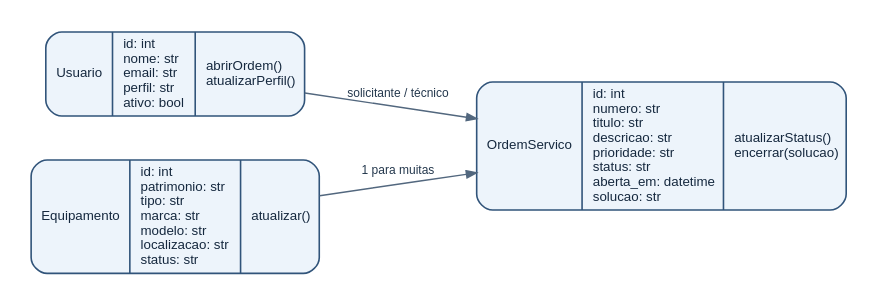
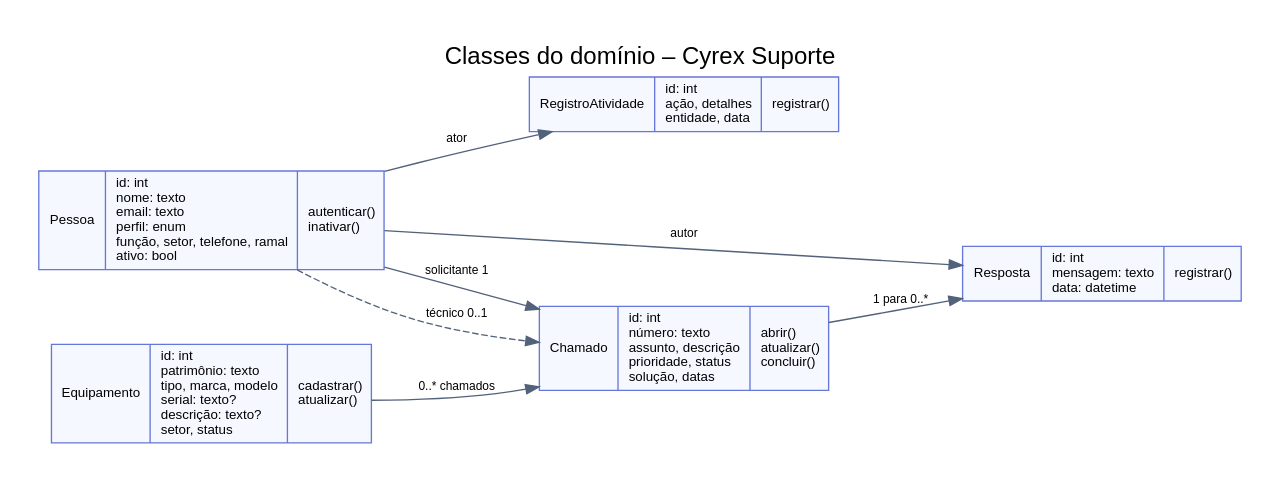
One commit to Hian0liveira/scmc-sistema-chamados changed the diagram in docs/diagramas/classes.dot. Above: the diagram before and after it, drawn with Graphviz. The commit also changed 27 other files, not shown here.

```diff
--- a/docs/diagramas/classes.dot
+++ b/docs/diagramas/classes.dot
@@ -1,1 +1,1 @@
-digraph G { graph [fontname="Arial",fontsize=11,bgcolor="white",pad="0.22",nodesep="0.45",ranksep="0.55"]; node [fontname="Arial",fontsize=10,color="#31547a",fontcolor="#15283e",style="rounded,filled",fillcolor="#edf4fb",penwidth=1.2]; edge [fontname="Arial",fontsize=9,color="#52677e",fontcolor="#24384d",penwidth=1.1,arrowsize=.75]; rankdir=LR; Usuario [shape=record,label="{Usuario|id: int\lnome: str\lemail: str\lperfil: str\lativo: bool\l|abrirOrdem()\latualizarPerfil()\l}"]; Ordem [shape=record,label="{OrdemServico|id: int\lnumero: str\ltitulo: str\ldescricao: str\lprioridade: str\lstatus: str\laberta_em: datetime\lsolucao: str\l|atualizarStatus()\lencerrar(solucao)\l}"]; Equip [shape=record,label="{Equipamento|id: int\lpatrimonio: str\ltipo: str\lmarca: str\lmodelo: str\llocalizacao: str\lstatus: str\l|atualizar()\l}"]; Usuario->Ordem [label="solicitante / técnico"]; Equip->Ordem [label="1 para muitas"]; }
+digraph CyrexClasses { graph [rankdir=LR, bgcolor="white", pad=0.3, nodesep=0.55, ranksep=0.7, fontname="Arial", label="Classes do domínio – Cyrex Suporte", labelloc=t, fontsize=18]; node [shape=record, fontname="Arial", fontsize=10, style="filled", fillcolor="#f6f8ff", color="#6577d8"]; edge [fontname="Arial", fontsize=9, color="#52627a"]; Pessoa [label="{Pessoa|id: int\lnome: texto\lemail: texto\lperfil: enum\lfunção, setor, telefone, ramal\lativo: bool\l|autenticar()\linativar()\l}"]; Equipamento [label="{Equipamento|id: int\lpatrimônio: texto\ltipo, marca, modelo\lserial: texto?\ldescrição: texto?\lsetor, status\l|cadastrar()\latualizar()\l}"]; Chamado [label="{Chamado|id: int\lnúmero: texto\lassunto, descrição\lprioridade, status\lsolução, datas\l|abrir()\latualizar()\lconcluir()\l}"]; Resposta [label="{Resposta|id: int\lmensagem: texto\ldata: datetime\l|registrar()\l}"]; Registro [label="{RegistroAtividade|id: int\lação, detalhes\lentidade, data\l|registrar()\l}"]; Pessoa -> Chamado [label="solicitante 1"]; Pessoa -> Chamado [label="técnico 0..1", style=dashed]; Equipamento -> Chamado [label="0..* chamados"]; Chamado -> Resposta [label="1 para 0..*"]; Pessoa -> Resposta [label="autor"]; Pessoa -> Registro [label="ator"]; }
```
